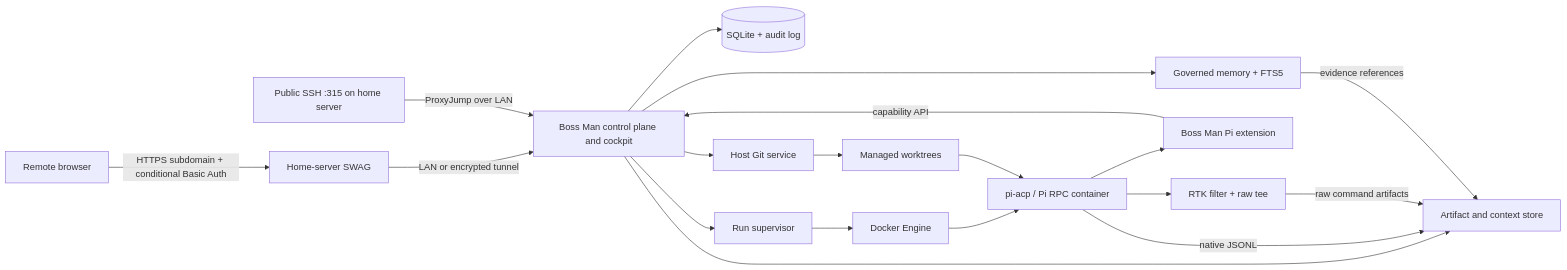
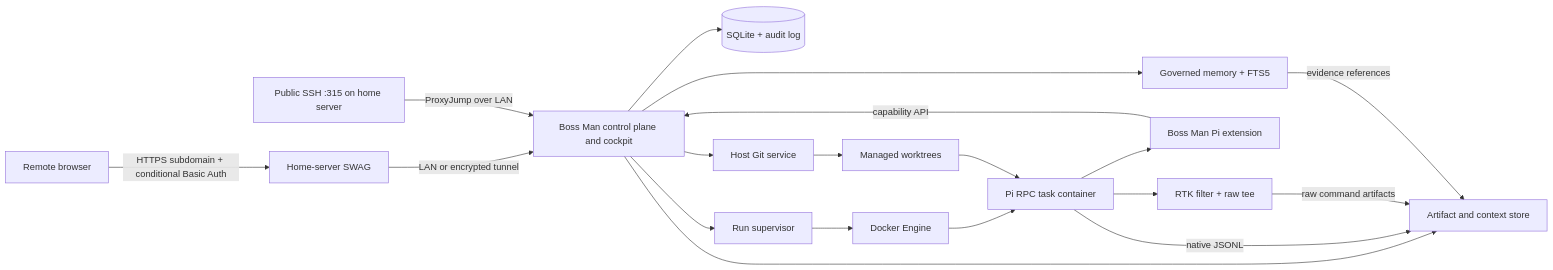
One commit to weblue/pink-guy changed the first of 3 diagrams in specs/boss-man-v2/TECH.md. Above: the diagram before and after it, drawn with Mermaid. The commit also changed other lines of this file and 10 other files, not shown here.

````diff
--- a/specs/boss-man-v2/TECH.md
+++ b/specs/boss-man-v2/TECH.md
@@ -39,21 +39,21 @@
 ```mermaid
 flowchart LR
     U["Remote browser"] -->|"HTTPS subdomain + conditional Basic Auth"| SWAG["Home-server SWAG"]
     SWAG -->|"LAN or encrypted tunnel"| API["Boss Man control plane and cockpit"]
     API --> DB[("SQLite + audit log")]
     API --> SUP["Run supervisor"]
     API --> GIT["Host Git service"]
     API --> ART["Artifact and context store"]
     API --> MEM["Governed memory + FTS5"]
     SUP --> D["Docker Engine"]
-    D --> C1["pi-acp / Pi RPC container"]
+    D --> C1["Pi RPC task container"]
     C1 --> EXT["Boss Man Pi extension"]
     C1 --> RTK["RTK filter + raw tee"]
     EXT -->|"capability API"| API
     C1 -->|"native JSONL"| ART
     RTK -->|"raw command artifacts"| ART
     MEM -->|"evidence references"| ART
     GIT --> WT["Managed worktrees"]
     WT --> C1
     SSH["Public SSH :315 on home server"] -->|"ProxyJump over LAN"| API
 ```
````
